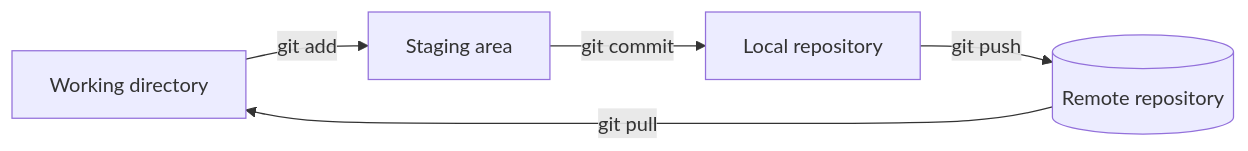
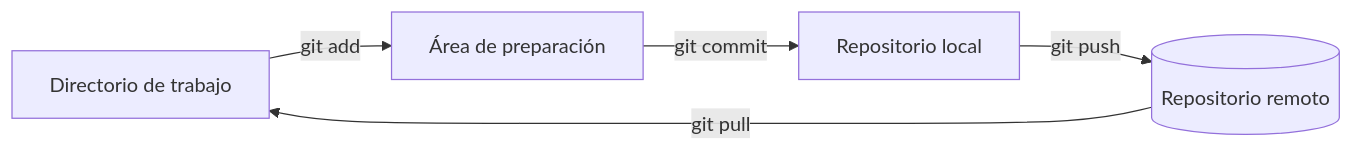
Before and after one commit to jparisu/nim-arena: the second of 2 diagrams in docs/guide/git/git.md, drawn with Mermaid. The commit also changed other lines of this file and 159 other files, not shown here.

````diff
--- a/docs/guide/git/git.md
+++ b/docs/guide/git/git.md
@@ -78,7 +80,7 @@
 ```mermaid
 flowchart LR
-    W[Working directory] -->|git add| S[Staging area]
-    S -->|git commit| L[Local repository]
-    L -->|git push| R[(Remote repository)]
+    W[Directorio de trabajo] -->|git add| S[Área de preparación]
+    S -->|git commit| L[Repositorio local]
+    L -->|git push| R[(Repositorio remoto)]
     R -->|git pull| W
 ```
````
